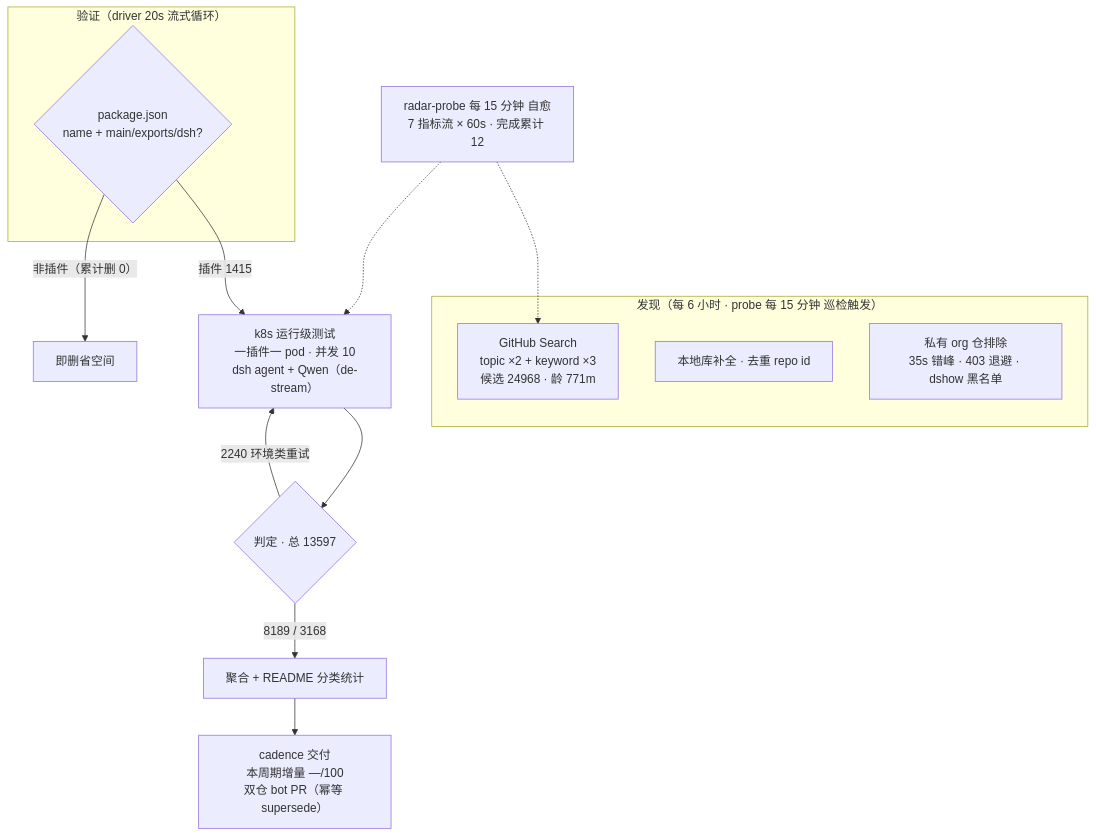
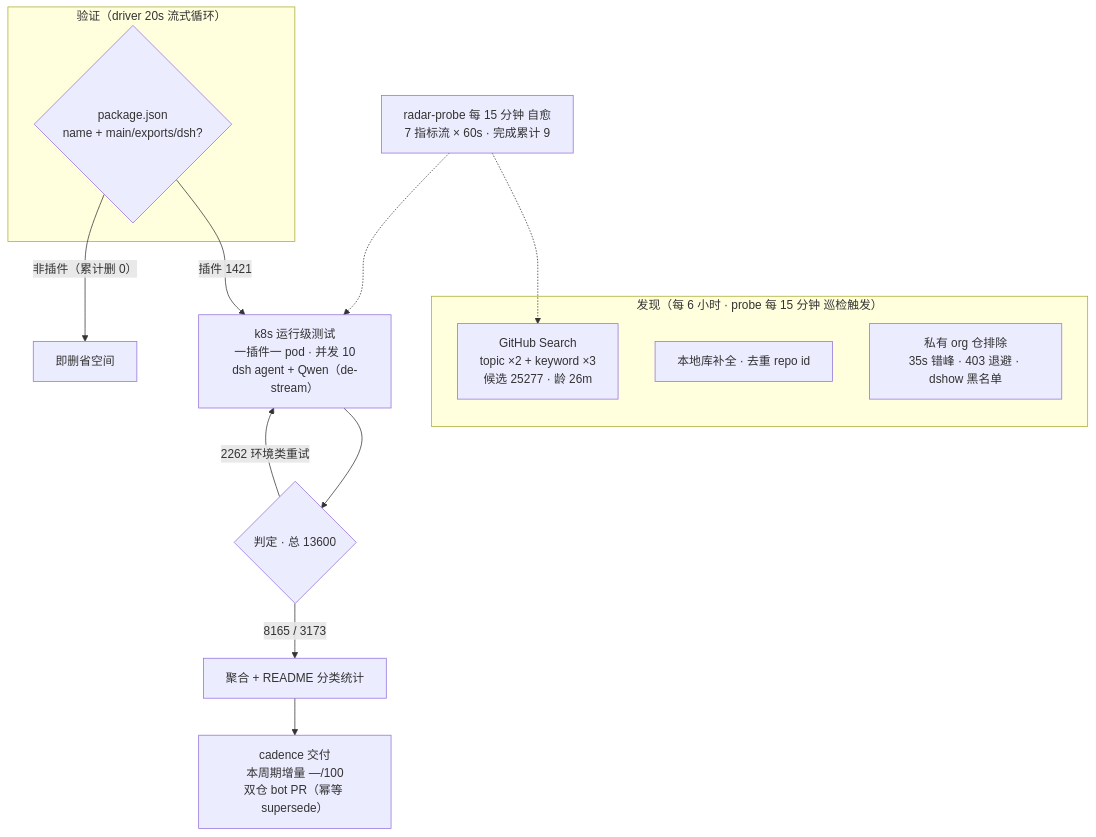
Before and after one commit to Zhidao-Lab-OSS/awesome-dsh-plugins: the diagram in README.md, drawn with Mermaid. The commit also changed other lines of this file and 1 other file, not shown here.

````diff
--- a/README.md
+++ b/README.md
@@ -99,20 +99,20 @@
 ```mermaid
 flowchart TB
     subgraph Discovery["发现（每 6 小时 · probe 每 15 分钟 巡检触发）"]
-        A1["GitHub Search<br/>topic ×2 + keyword ×3<br/>候选 24968 · 龄 771m"]
+        A1["GitHub Search<br/>topic ×2 + keyword ×3<br/>候选 25277 · 龄 26m"]
         A2["本地库补全 · 去重 repo id"]
         A3["私有 org 仓排除<br/>35s 错峰 · 403 退避 · dshow 黑名单"]
     end
     subgraph Validation["验证（driver 20s 流式循环）"]
         B1{"package.json<br/>name + main/exports/dsh?"}
     end
-    B1 -->|"插件 1415"| C1["k8s 运行级测试<br/>一插件一 pod · 并发 10<br/>dsh agent + Qwen（de-stream）"]
+    B1 -->|"插件 1421"| C1["k8s 运行级测试<br/>一插件一 pod · 并发 10<br/>dsh agent + Qwen（de-stream）"]
     B1 -->|"非插件（累计删 0）"| B3["即删省空间"]
-    C1 --> D1{"判定 · 总 13597"}
-    D1 -->|"8189 / 3168"| E1["聚合 + README 分类统计"]
-    D1 -->|"2240 环境类重试"| C1
+    C1 --> D1{"判定 · 总 13600"}
+    D1 -->|"8165 / 3173"| E1["聚合 + README 分类统计"]
+    D1 -->|"2262 环境类重试"| C1
     E1 --> E2["cadence 交付<br/>本周期增量 —/100<br/>双仓 bot PR（幂等 supersede）"]
-    M["radar-probe 每 15 分钟 自愈<br/>7 指标流 × 60s · 完成累计 12"]
+    M["radar-probe 每 15 分钟 自愈<br/>7 指标流 × 60s · 完成累计 9"]
     M -.-> A1
     M -.-> C1
 ```
````
